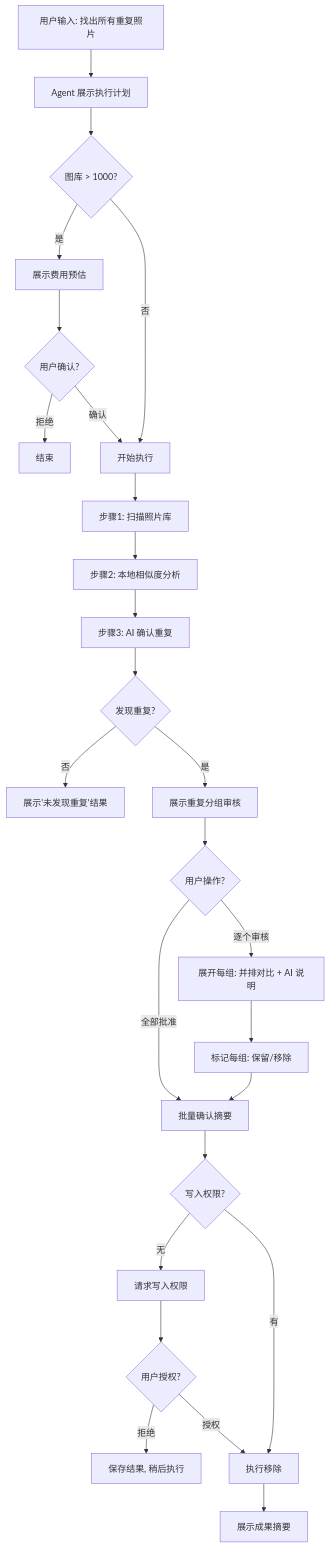
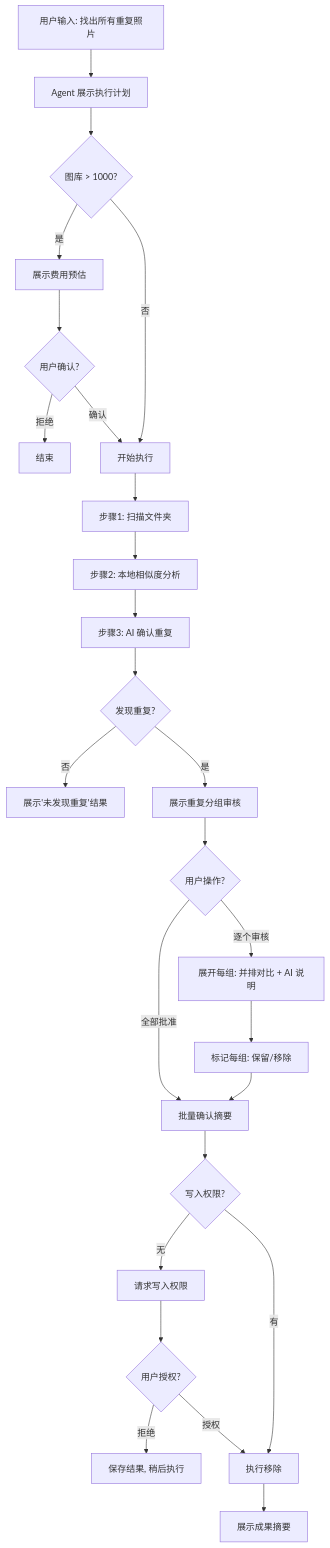
Before and after one commit to terryso/curator: the second of 3 diagrams in _bmad-output/planning-artifacts/ux-design-specification.md, drawn with Mermaid. The commit also changed other lines of this file and 37 other files, not shown here.

First line of the commit message:
feat: rewrite Story 1-2 layered architecture for local folder photo source

````diff
--- a/_bmad-output/planning-artifacts/ux-design-specification.md
+++ b/_bmad-output/planning-artifacts/ux-design-specification.md
@@ -384,28 +384,28 @@
 ```mermaid
 flowchart TD
     A[用户输入: 找出所有重复照片] --> B[Agent 展示执行计划]
     B --> C{图库 > 1000?}
     C -->|是| D[展示费用预估]
     D --> E{用户确认?}
     E -->|拒绝| F[结束]
     E -->|确认| G[开始执行]
     C -->|否| G
-    G --> H[步骤1: 扫描照片库]
+    G --> H[步骤1: 扫描文件夹]
     H --> I[步骤2: 本地相似度分析]
     I --> J[步骤3: AI 确认重复]
     J --> K{发现重复?}
     K -->|否| L[展示'未发现重复'结果]
     K -->|是| M[展示重复分组审核]
     M --> N{用户操作?}
     N -->|逐个审核| O[展开每组: 并排对比 + AI 说明]
     N -->|全部批准| P[批量确认摘要]
     O --> Q[标记每组: 保留/移除]
     Q --> P
     P --> R{写入权限?}
     R -->|无| S[请求写入权限]
     S --> T{用户授权?}
     T -->|拒绝| U[保存结果, 稍后执行]
     T -->|授权| V[执行移除]
     R -->|有| V
     V --> W[展示成果摘要]
 ```
````
